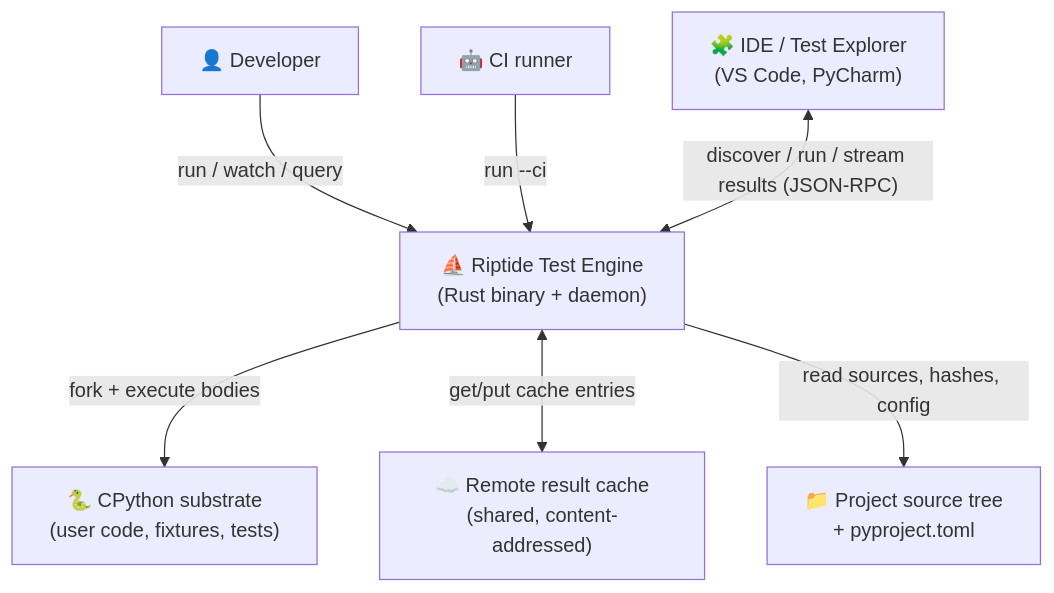
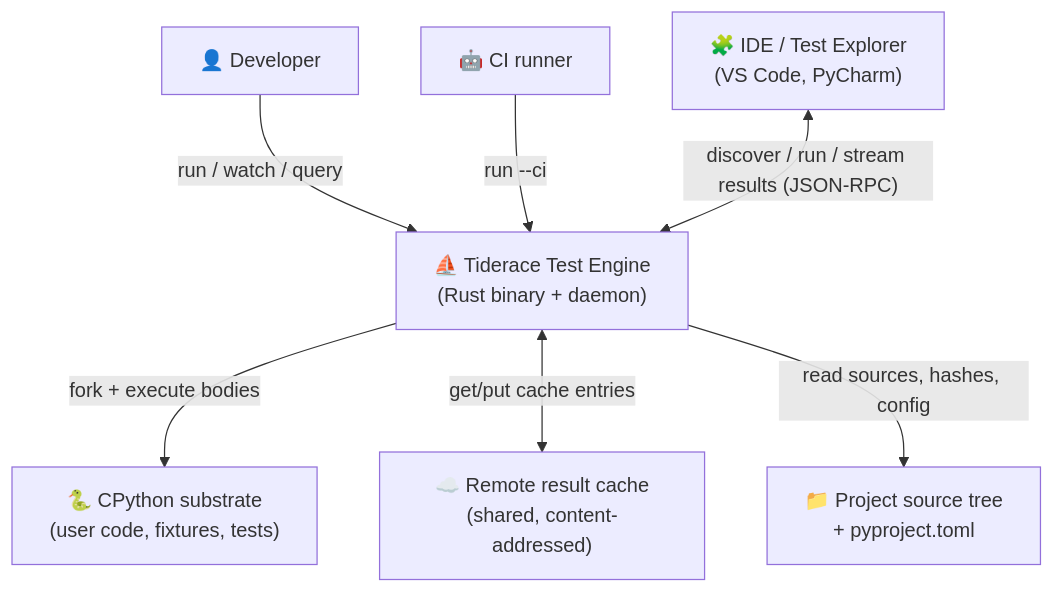
Before and after one commit to snoodleboot-io/tiderace: the first of 5 diagrams in planning/current/pure-rust-test-engine/design/01-architecture.md, drawn with Mermaid. The commit also changed 122 other files, not shown here.

First line of the commit message:
rename: riptide -> tiderace across the whole product (#17)

````diff
--- a/planning/current/pure-rust-test-engine/design/01-architecture.md
+++ b/planning/current/pure-rust-test-engine/design/01-architecture.md
@@ -17,19 +17,19 @@
 ```mermaid
 graph TD
     dev["👤 Developer"]
     ci["🤖 CI runner"]
     ide["🧩 IDE / Test Explorer<br/>(VS Code, PyCharm)"]
 
-    engine["⛵ Riptide Test Engine<br/>(Rust binary + daemon)"]
+    engine["⛵ Tiderace Test Engine<br/>(Rust binary + daemon)"]
 
     cpython["🐍 CPython substrate<br/>(user code, fixtures, tests)"]
     remote["☁️ Remote result cache<br/>(shared, content-addressed)"]
     fsys["📁 Project source tree<br/>+ pyproject.toml"]
 
     dev -->|"run / watch / query"| engine
     ci -->|"run --ci"| engine
     ide <-->|"discover / run / stream results (JSON-RPC)"| engine
     engine -->|"fork + execute bodies"| cpython
     engine <-->|"get/put cache entries"| remote
     engine -->|"read sources, hashes, config"| fsys
 ```
````
